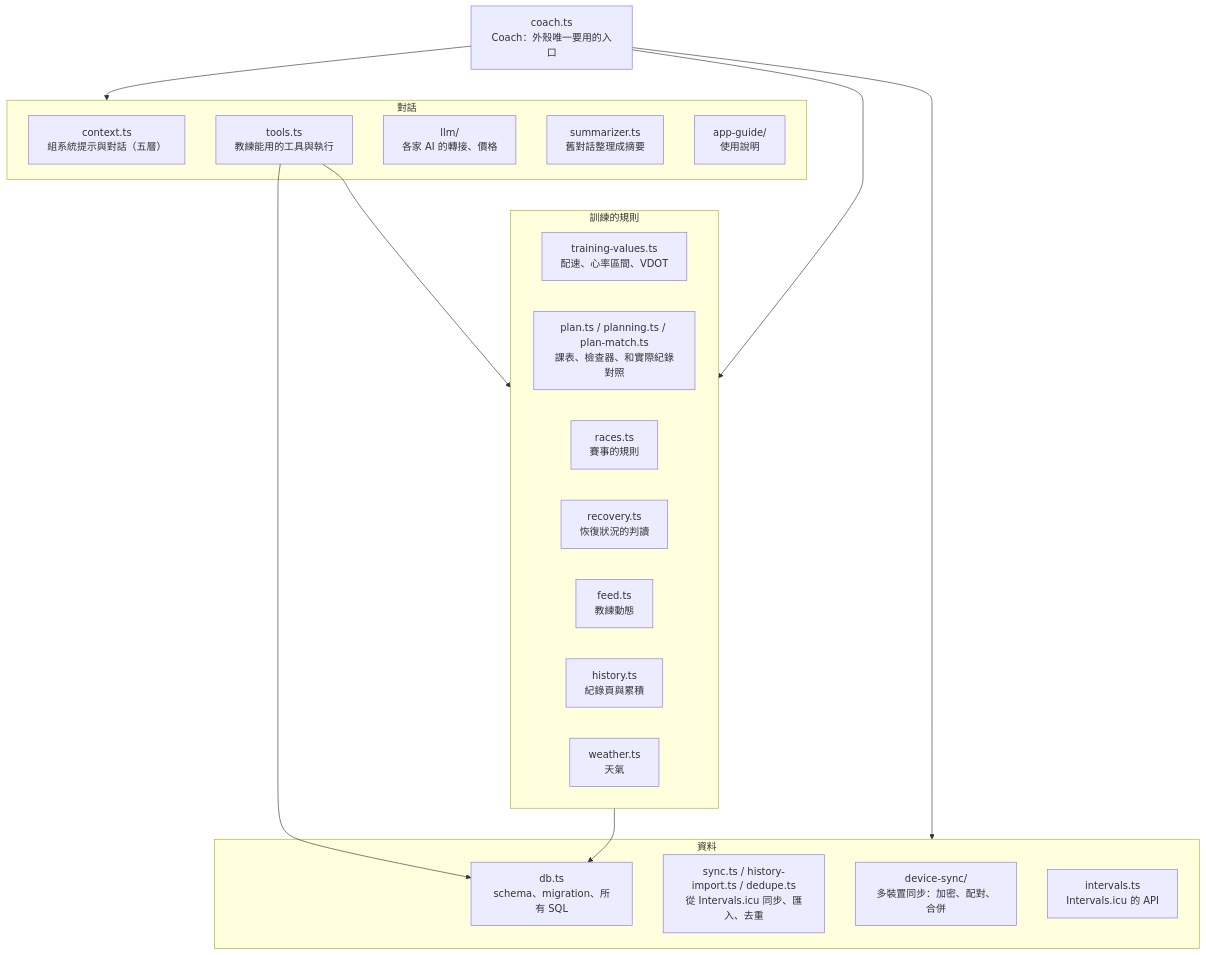
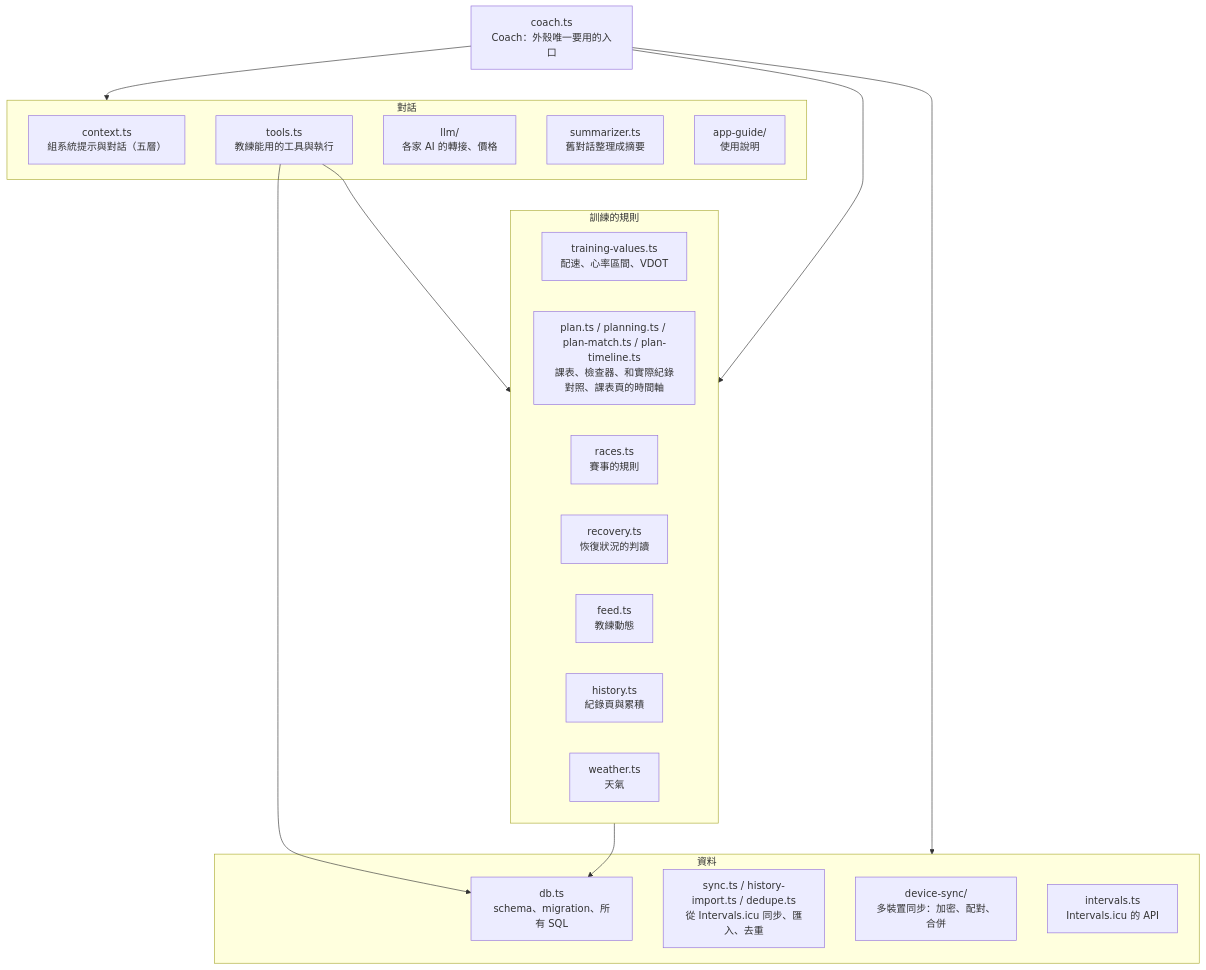
One commit to williampcs/RunningCoach changed the second of 4 diagrams in doc/architecture.md. Above: the diagram before and after it, drawn with Mermaid. The commit also changed 16 other files, not shown here.

First line of the commit message:
feat(web): plan page timeline (12.22 B) and content cleanup

````diff
--- a/doc/architecture.md
+++ b/doc/architecture.md
@@ -83,32 +83,32 @@
 ```mermaid
 flowchart TB
   coach["coach.ts<br/>Coach：外殼唯一要用的入口"]
   subgraph talk["對話"]
     context["context.ts<br/>組系統提示與對話（五層）"]
     tools["tools.ts<br/>教練能用的工具與執行"]
     llm["llm/<br/>各家 AI 的轉接、價格"]
     summarizer["summarizer.ts<br/>舊對話整理成摘要"]
     guide["app-guide/<br/>使用說明"]
   end
   subgraph domain["訓練的規則"]
     tv["training-values.ts<br/>配速、心率區間、VDOT"]
-    plan["plan.ts / planning.ts / plan-match.ts<br/>課表、檢查器、和實際紀錄對照"]
+    plan["plan.ts / planning.ts / plan-match.ts / plan-timeline.ts<br/>課表、檢查器、和實際紀錄對照、課表頁的時間軸"]
     races["races.ts<br/>賽事的規則"]
     recovery["recovery.ts<br/>恢復狀況的判讀"]
     feed["feed.ts<br/>教練動態"]
     history["history.ts<br/>紀錄頁與累積"]
     weather["weather.ts<br/>天氣"]
   end
   subgraph data["資料"]
     db["db.ts<br/>schema、migration、所有 SQL"]
     sync["sync.ts / history-import.ts / dedupe.ts<br/>從 Intervals.icu 同步、匯入、去重"]
     ds["device-sync/<br/>多裝置同步：加密、配對、合併"]
     icu["intervals.ts<br/>Intervals.icu 的 API"]
   end
   coach --> talk
   coach --> domain
   coach --> data
   tools --> domain
   tools --> db
   domain --> db
 ```
````
